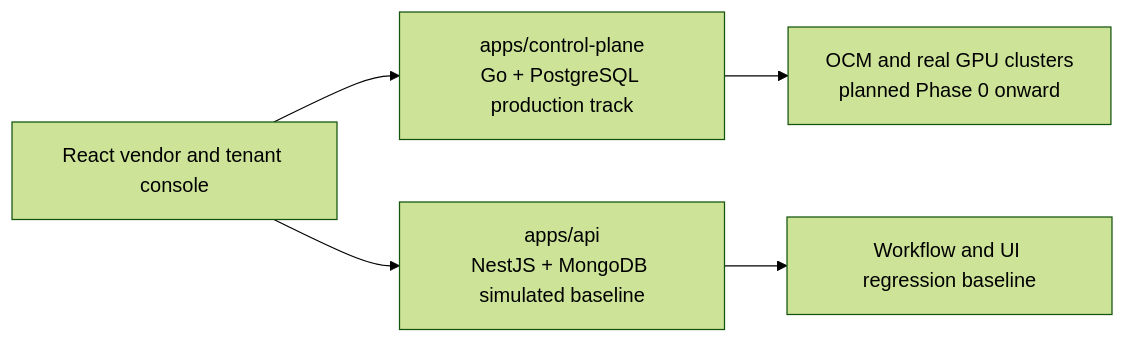
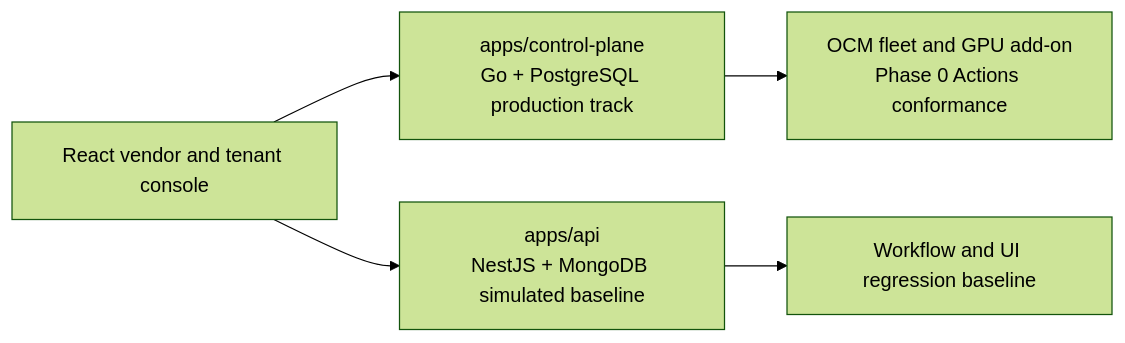
One commit to nya-a-cat/gpu-rental-platform changed the first of 3 diagrams in docs/architecture.md. Above: the diagram before and after it, drawn with Mermaid (forest theme). The commit also changed other lines of this file and 58 other files, not shown here.

Commit message:
feat: add OCM GPU addon conformance

````diff
--- a/docs/architecture.md
+++ b/docs/architecture.md
@@ -7,8 +7,8 @@
 ```mermaid
 flowchart LR
     UI["React vendor and tenant console"]
     UI --> V2["apps/control-plane<br/>Go + PostgreSQL production track"]
     UI --> BASE["apps/api<br/>NestJS + MongoDB simulated baseline"]
-    V2 --> OCM["OCM and real GPU clusters<br/>planned Phase 0 onward"]
+    V2 --> OCM["OCM fleet and GPU add-on<br/>Phase 0 Actions conformance"]
     BASE --> DEMO["Workflow and UI regression baseline"]
 ```
````
